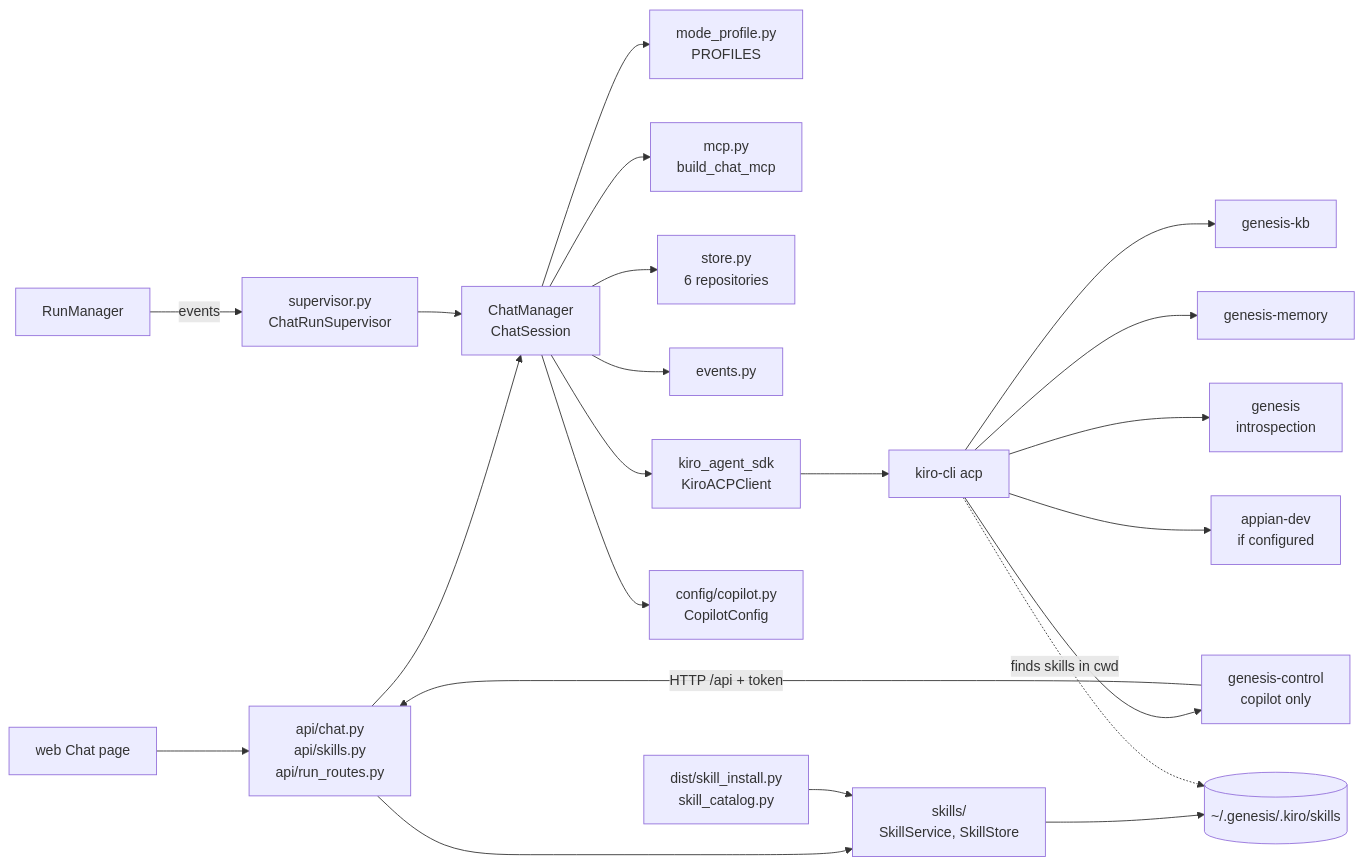
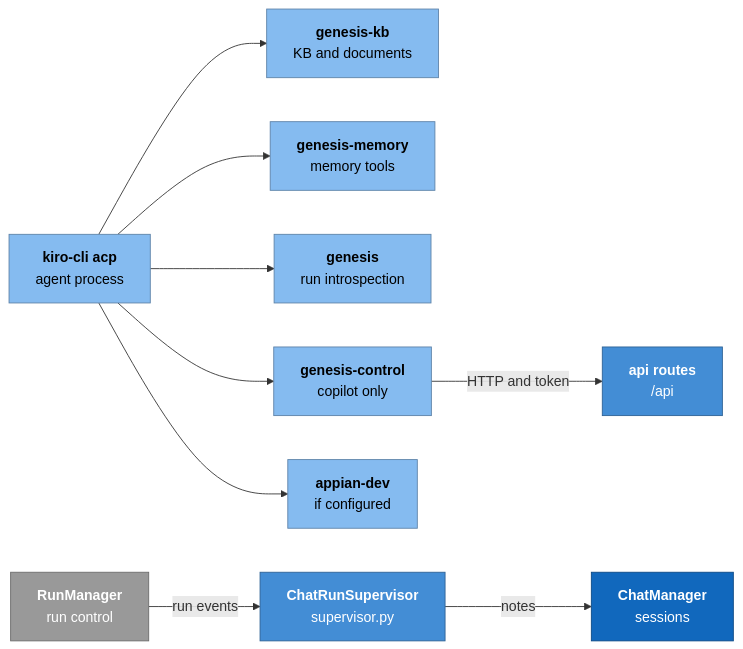
The second of 5 diagrams in genesis/architecture/modules/chat-and-skills.md (ram-020998/project-tracker), drawn with Mermaid before and after one commit. The commit also changed other lines of this file and 24 other files, not shown here.

First line of the commit message:
architecture: rewrite all 86 Mermaid diagrams to one C4 style, each render-checked

````diff
--- a/genesis/architecture/modules/chat-and-skills.md
+++ b/genesis/architecture/modules/chat-and-skills.md
@@ -59,24 +86,25 @@
 ```mermaid
 flowchart LR
-    web["web Chat page"] --> routes["api/chat.py<br/>api/skills.py<br/>api/run_routes.py"]
-    routes --> mgr["ChatManager<br/>ChatSession"]
-    mgr --> prof["mode_profile.py<br/>PROFILES"]
-    mgr --> mcpb["mcp.py<br/>build_chat_mcp"]
-    mgr --> stores["store.py<br/>6 repositories"]
-    mgr --> ev["events.py"]
-    mgr --> sdk["kiro_agent_sdk<br/>KiroACPClient"]
-    mgr --> cop["config/copilot.py<br/>CopilotConfig"]
-    sdk --> kiro["kiro-cli acp"]
-    kiro --> kb["genesis-kb"]
-    kiro --> mem["genesis-memory"]
-    kiro --> intro["genesis<br/>introspection"]
-    kiro --> ctl["genesis-control<br/>copilot only"]
-    kiro --> dev["appian-dev<br/>if configured"]
-    ctl -- "HTTP /api + token" --> routes
-    sup["supervisor.py<br/>ChatRunSupervisor"] --> mgr
-    rm["RunManager"] -- "events" --> sup
-    skills["skills/<br/>SkillService, SkillStore"] --> disk[("~/.genesis/.kiro/skills")]
-    routes --> skills
-    inst["dist/skill_install.py<br/>skill_catalog.py"] --> skills
-    kiro -. "finds skills in cwd" .-> disk
+    kiro["<b>kiro-cli acp</b><br/>agent process"]:::proc
+    kb["<b>genesis-kb</b><br/>KB and documents"]:::proc
+    mem["<b>genesis-memory</b><br/>memory tools"]:::proc
+    intro["<b>genesis</b><br/>run introspection"]:::proc
+    ctl["<b>genesis-control</b><br/>copilot only"]:::proc
+    dev["<b>appian-dev</b><br/>if configured"]:::proc
+    routes["<b>api routes</b><br/>/api"]:::comp
+    mgr["<b>ChatManager</b><br/>sessions"]:::core
+    sup["<b>ChatRunSupervisor</b><br/>supervisor.py"]:::comp
+    rm["<b>RunManager</b><br/>run control"]:::ext
+    kiro --> kb & mem & intro & dev
+    kiro --> ctl
+    ctl -- "HTTP and token" --> routes
+    rm -- "run events" --> sup
+    sup -- "notes" --> mgr
+    classDef person fill:#08427b,stroke:#052e56,color:#ffffff
+    classDef core fill:#1168bd,stroke:#0b4884,color:#ffffff
+    classDef comp fill:#438dd5,stroke:#2e6295,color:#ffffff
+    classDef proc fill:#85bbf0,stroke:#5d82a8,color:#000000
+    classDef ext fill:#999999,stroke:#6b6b6b,color:#ffffff
+    classDef data fill:#f5f5f5,stroke:#616161,color:#212121
+    classDef note fill:#fff8e1,stroke:#f9a825,color:#5d4037
 ```
````
